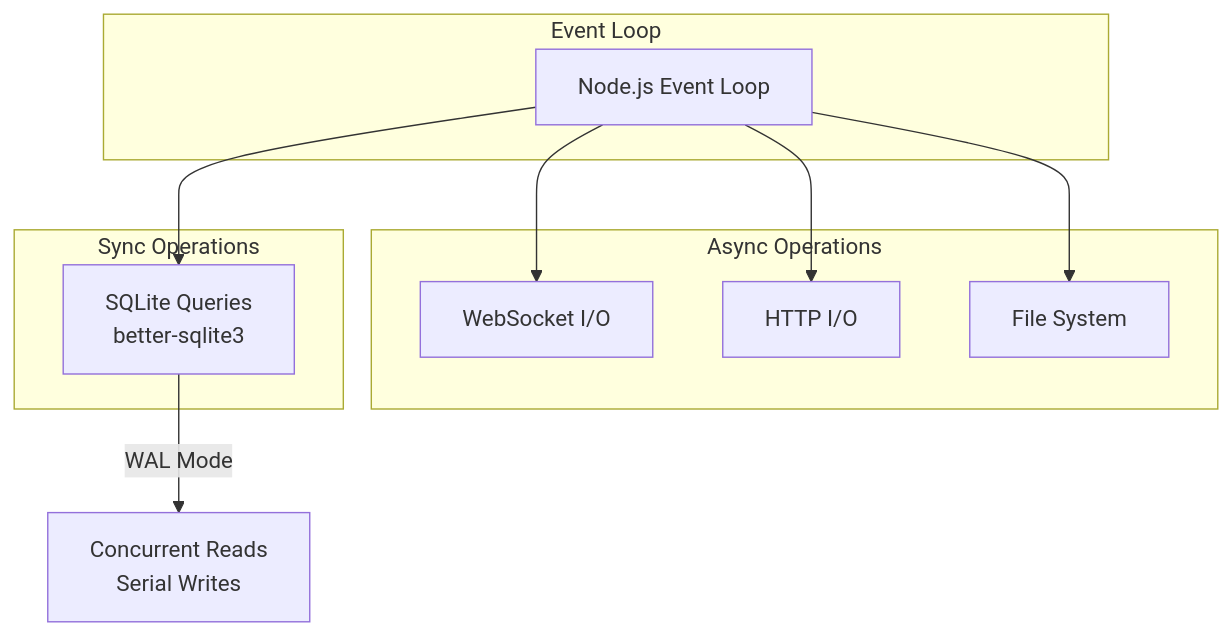
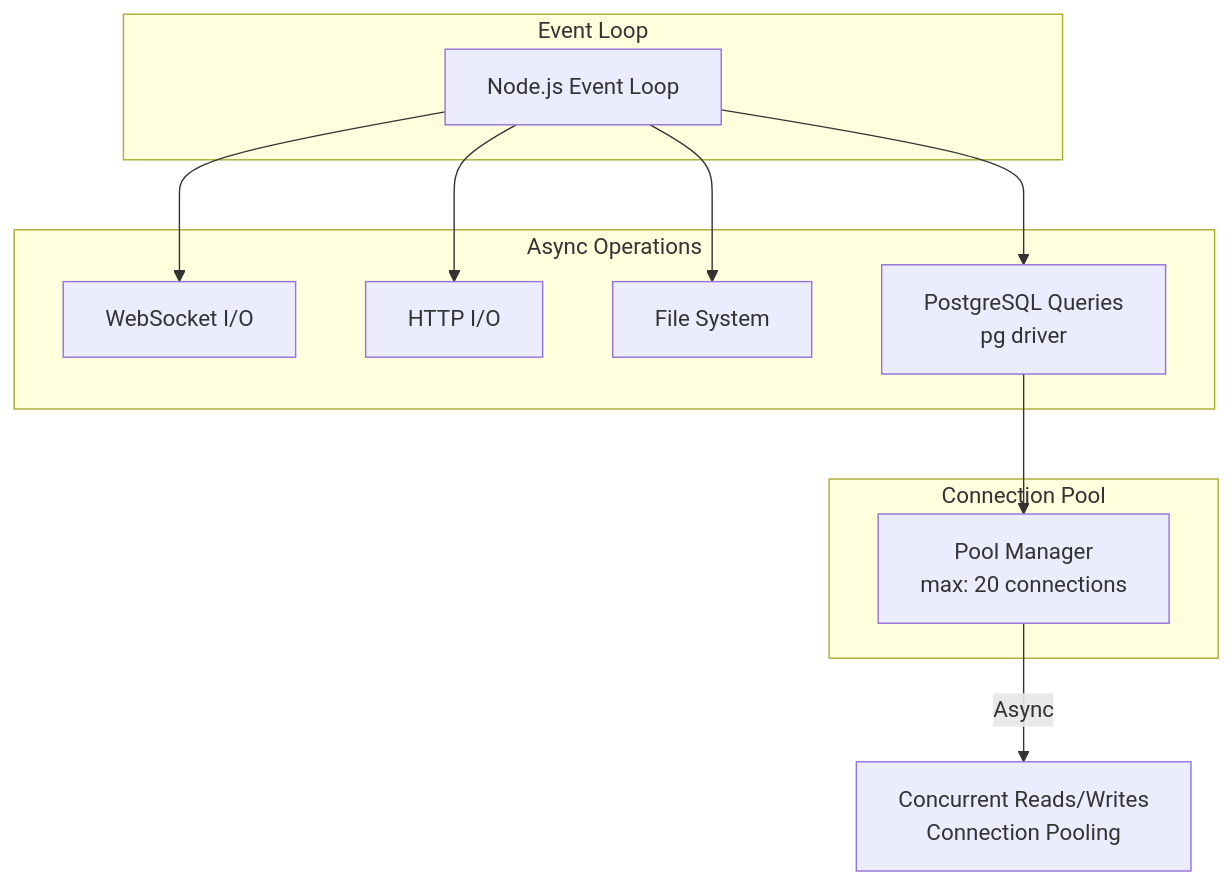
Before and after one commit to DreamLab-AI/fairfield: the tenth of 11 diagrams in services/nostr-relay/docs/ARCHITECTURE.md, drawn with Mermaid. The commit also changed other lines of this file and 39 other files, not shown here.

````diff
--- a/services/nostr-relay/docs/ARCHITECTURE.md
+++ b/services/nostr-relay/docs/ARCHITECTURE.md
@@ -279,23 +279,25 @@
 ```mermaid
 graph TB
     subgraph "Event Loop"
         EL[Node.js Event Loop]
     end
 
     subgraph "Async Operations"
         WS[WebSocket I/O]
         HTTP[HTTP I/O]
         FS[File System]
+        SQL[PostgreSQL Queries<br/>pg driver]
     end
 
-    subgraph "Sync Operations"
-        SQL[SQLite Queries<br/>better-sqlite3]
+    subgraph "Connection Pool"
+        POOL[Pool Manager<br/>max: 20 connections]
     end
 
     EL --> WS
     EL --> HTTP
     EL --> FS
     EL --> SQL
 
-    SQL -->|WAL Mode| CONC[Concurrent Reads<br/>Serial Writes]
+    SQL --> POOL
+    POOL -->|Async| CONC[Concurrent Reads/Writes<br/>Connection Pooling]
 ```
````
